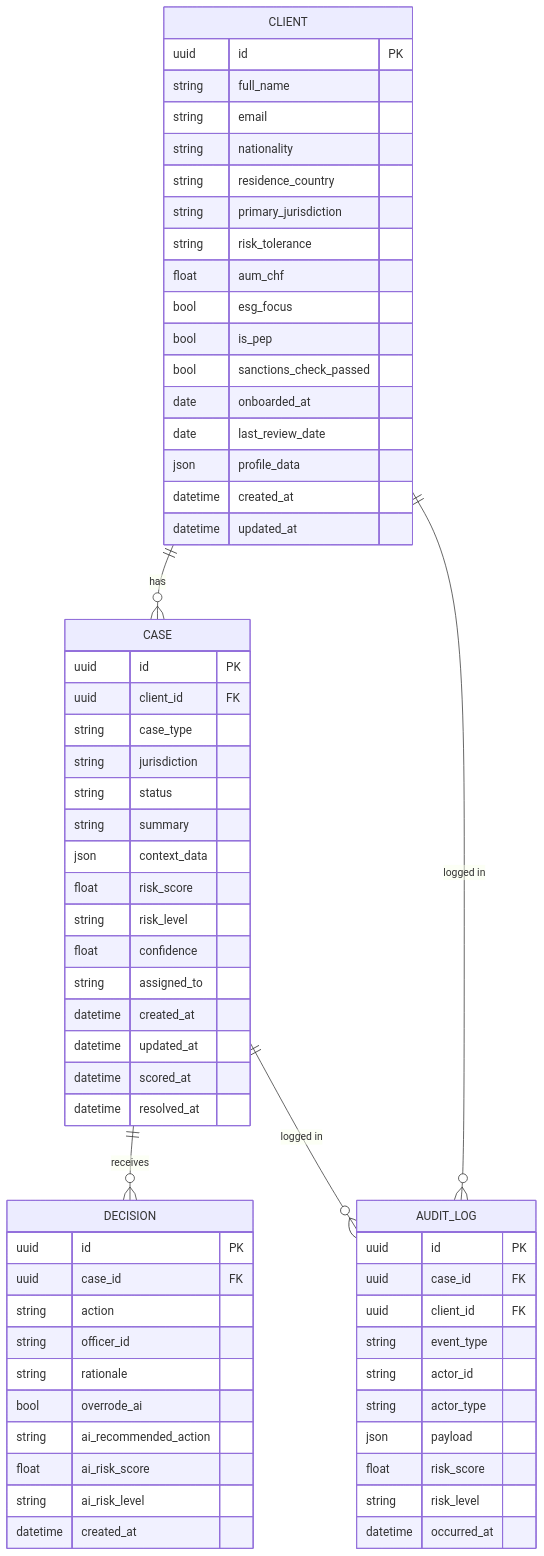
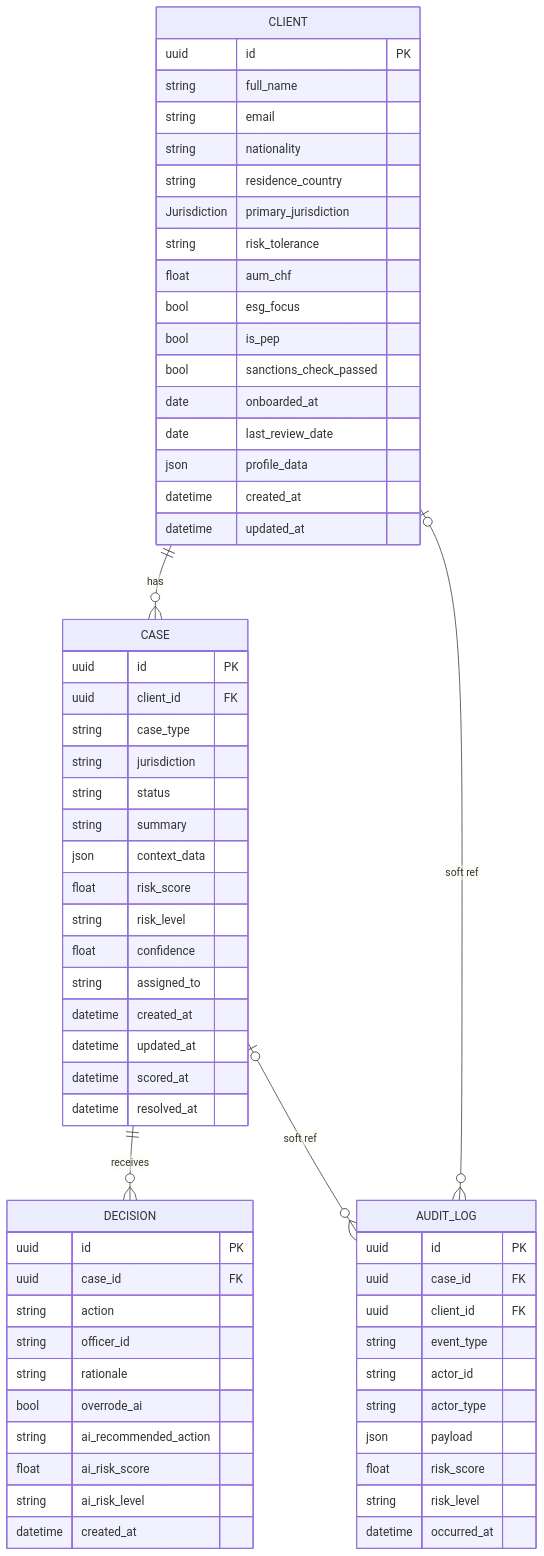
One commit to SteveDok22/Swisshacks-2026 changed the first of 3 diagrams in docs/db-schema.md. Above: the diagram before and after it, drawn with Mermaid. The commit also changed other lines of this file and 11 other files, not shown here.

````diff
--- a/docs/db-schema.md
+++ b/docs/db-schema.md
@@ -5,70 +5,70 @@
 ```mermaid
 erDiagram
     CLIENT {
         uuid id PK
         string full_name
         string email
         string nationality
         string residence_country
-        string primary_jurisdiction
+        Jurisdiction primary_jurisdiction
         string risk_tolerance
         float aum_chf
         bool esg_focus
         bool is_pep
         bool sanctions_check_passed
         date onboarded_at
         date last_review_date
         json profile_data
         datetime created_at
         datetime updated_at
     }
 
     CASE {
         uuid id PK
         uuid client_id FK
         string case_type
         string jurisdiction
         string status
         string summary
         json context_data
         float risk_score
         string risk_level
         float confidence
         string assigned_to
         datetime created_at
         datetime updated_at
         datetime scored_at
         datetime resolved_at
     }
 
     DECISION {
         uuid id PK
         uuid case_id FK
         string action
         string officer_id
         string rationale
         bool overrode_ai
         string ai_recommended_action
         float ai_risk_score
         string ai_risk_level
         datetime created_at
     }
 
     AUDIT_LOG {
         uuid id PK
         uuid case_id FK
         uuid client_id FK
         string event_type
         string actor_id
         string actor_type
         json payload
         float risk_score
         string risk_level
         datetime occurred_at
     }
 
     CLIENT ||--o{ CASE : "has"
     CASE ||--o{ DECISION : "receives"
-    CASE ||--o{ AUDIT_LOG : "logged in"
-    CLIENT ||--o{ AUDIT_LOG : "logged in"
+    CASE |o--o{ AUDIT_LOG : "soft ref"
+    CLIENT |o--o{ AUDIT_LOG : "soft ref"
 ```
````
